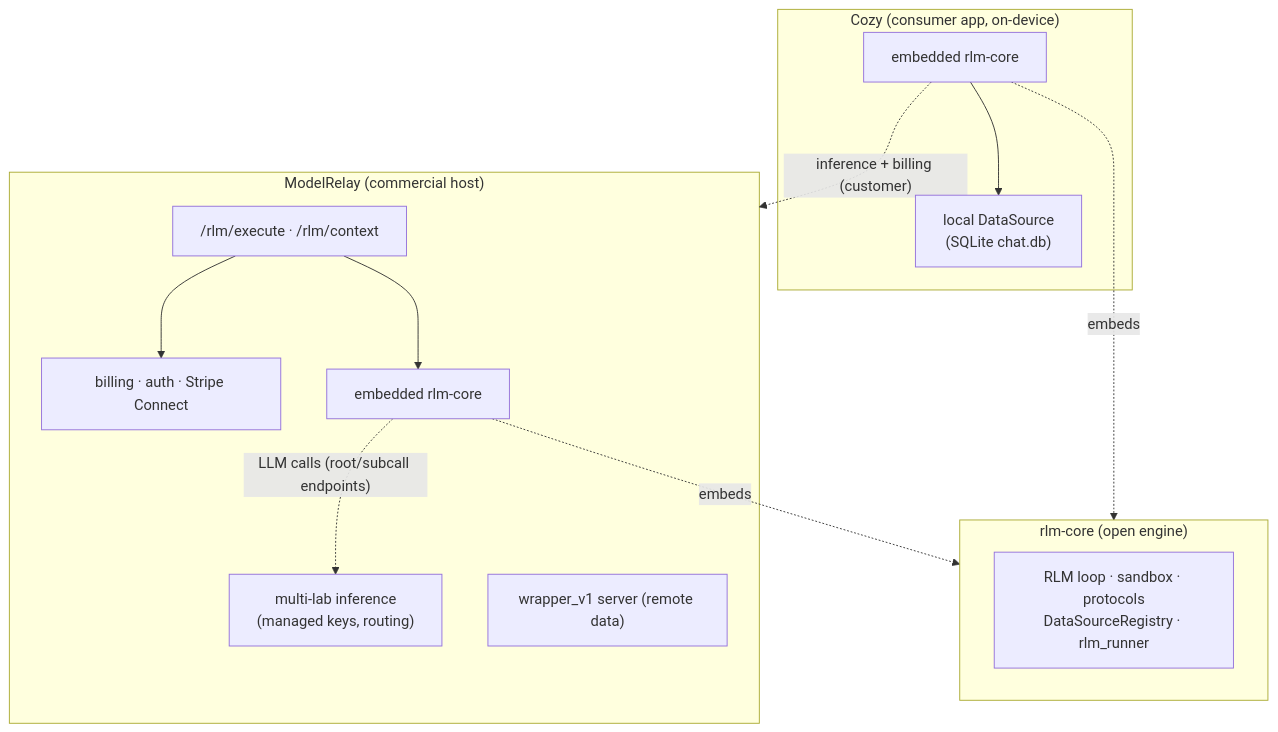
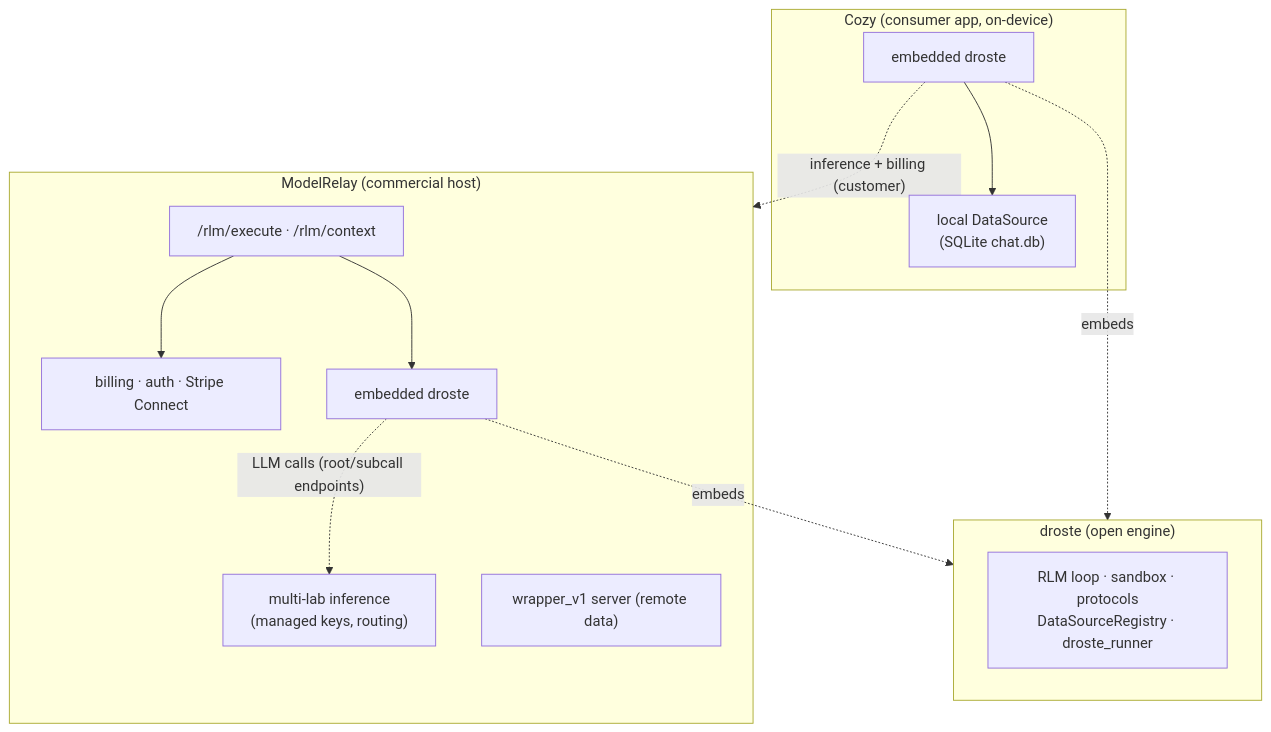
Before and after one commit to tensor-systems/droste: the diagram in docs/design/unified-data-sources.md, drawn with Mermaid. The commit also changed other lines of this file and 56 other files, not shown here.

First line of the commit message:
rename: rlm_core → droste, rlm_runner → droste_runner (#31) (#36)

````diff
--- a/docs/design/unified-data-sources.md
+++ b/docs/design/unified-data-sources.md
@@ -28,27 +28,27 @@
 ```mermaid
 flowchart TB
-    subgraph engine["rlm-core (open engine)"]
-      loop["RLM loop · sandbox · protocols<br/>DataSourceRegistry · rlm_runner"]
+    subgraph engine["droste (open engine)"]
+      loop["RLM loop · sandbox · protocols<br/>DataSourceRegistry · droste_runner"]
     end
 
     subgraph mr["ModelRelay (commercial host)"]
       api["/rlm/execute · /rlm/context"]
       infer["multi-lab inference<br/>(managed keys, routing)"]
       bill["billing · auth · Stripe Connect"]
       wrap["wrapper_v1 server (remote data)"]
-      mrEngine["embedded rlm-core"]
+      mrEngine["embedded droste"]
       api --> mrEngine
       mrEngine -. "LLM calls (root/subcall endpoints)" .-> infer
       api --> bill
     end
 
     subgraph cozy["Cozy (consumer app, on-device)"]
-      cozyEngine["embedded rlm-core"]
+      cozyEngine["embedded droste"]
       cozyDS["local DataSource<br/>(SQLite chat.db)"]
       cozyEngine --> cozyDS
     end
 
     mrEngine -. embeds .-> engine
     cozyEngine -. embeds .-> engine
     cozyEngine -. "inference + billing (customer)" .-> mr
 ```
````
